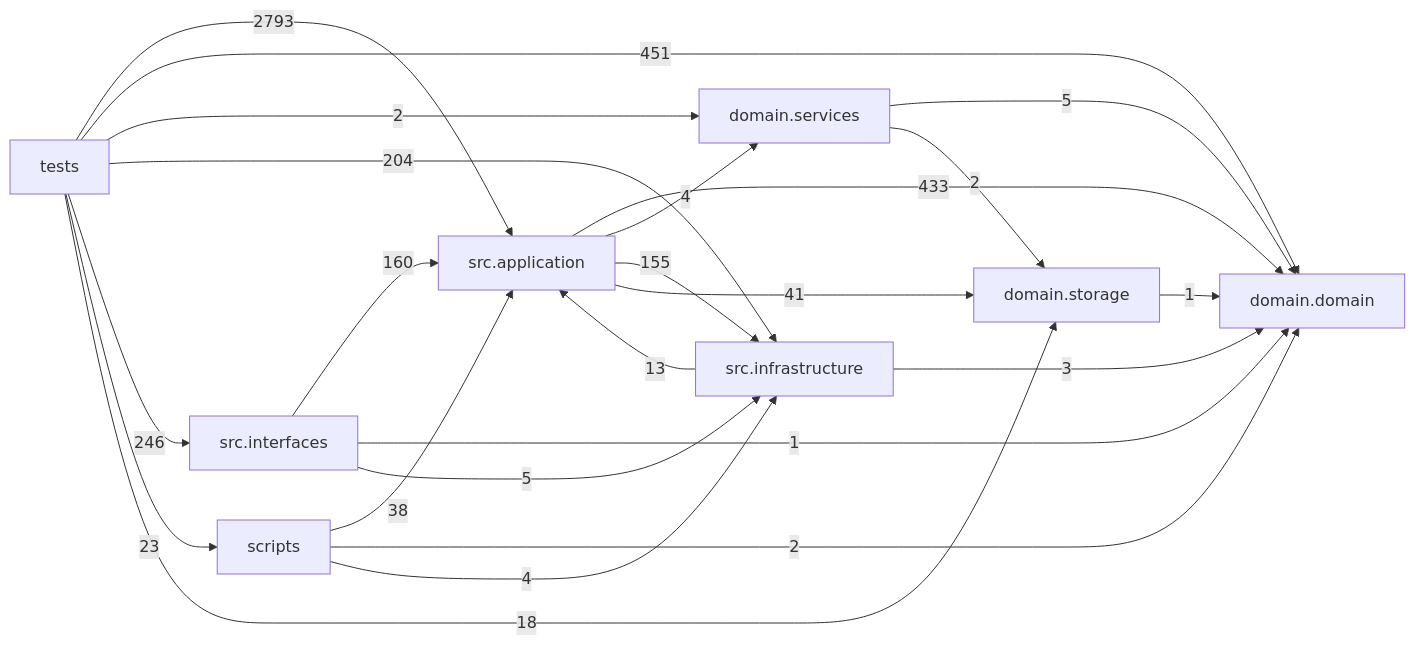
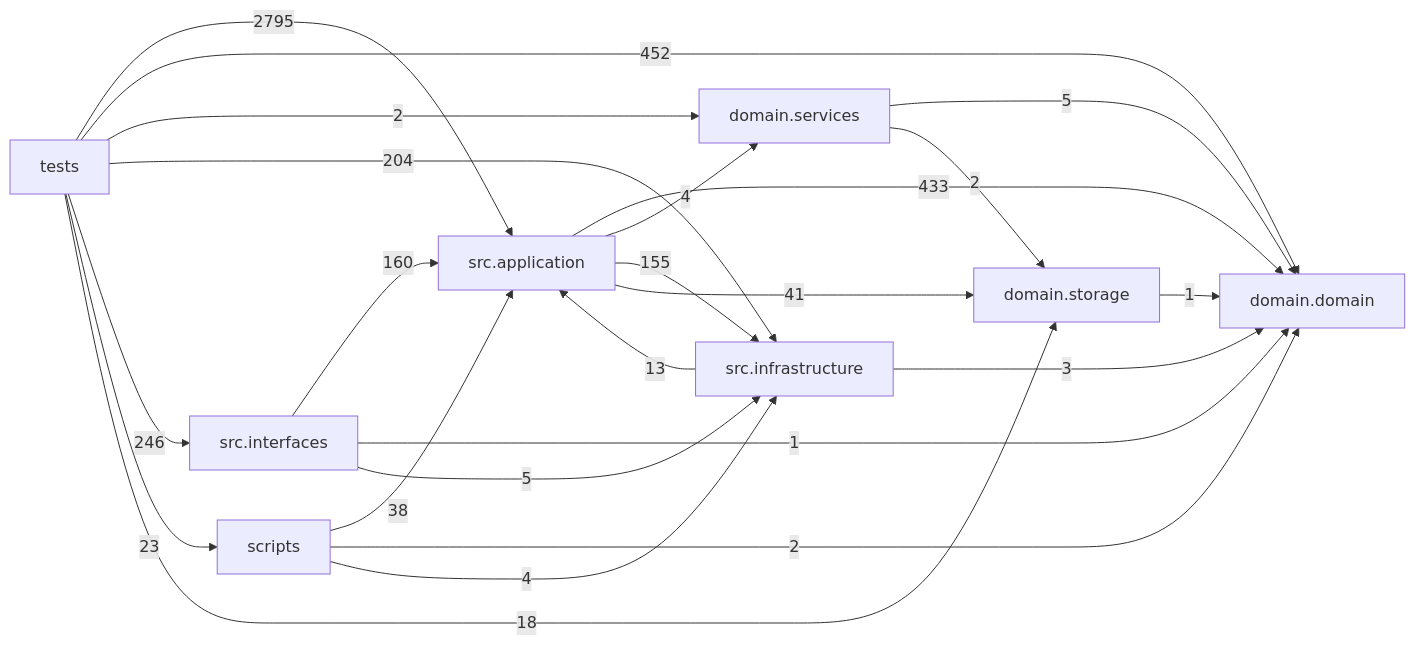
The diagram in docs/DEPENDENCY_GRAPH.md (liuxie066/options-monitor), drawn with Mermaid before and after one commit. The commit also changed other lines of this file and 4 other files, not shown here.

````diff
--- a/docs/DEPENDENCY_GRAPH.md
+++ b/docs/DEPENDENCY_GRAPH.md
@@ -24,33 +24,33 @@
 ```mermaid
 flowchart LR
   tests["tests"]
   scripts["scripts"]
   interfaces["src.interfaces"]
   application["src.application"]
   infrastructure["src.infrastructure"]
   domain_services["domain.services"]
   domain["domain.domain"]
   storage["domain.storage"]
   application -->|433| domain
   application -->|4| domain_services
   application -->|155| infrastructure
   application -->|41| storage
   domain_services -->|5| domain
   domain_services -->|2| storage
   infrastructure -->|13| application
   infrastructure -->|3| domain
   interfaces -->|160| application
   interfaces -->|1| domain
   interfaces -->|5| infrastructure
   scripts -->|38| application
   scripts -->|2| domain
   scripts -->|4| infrastructure
   storage -->|1| domain
-  tests -->|2793| application
-  tests -->|451| domain
+  tests -->|2795| application
+  tests -->|452| domain
   tests -->|2| domain_services
   tests -->|204| infrastructure
   tests -->|246| interfaces
   tests -->|23| scripts
   tests -->|18| storage
 ```
````
